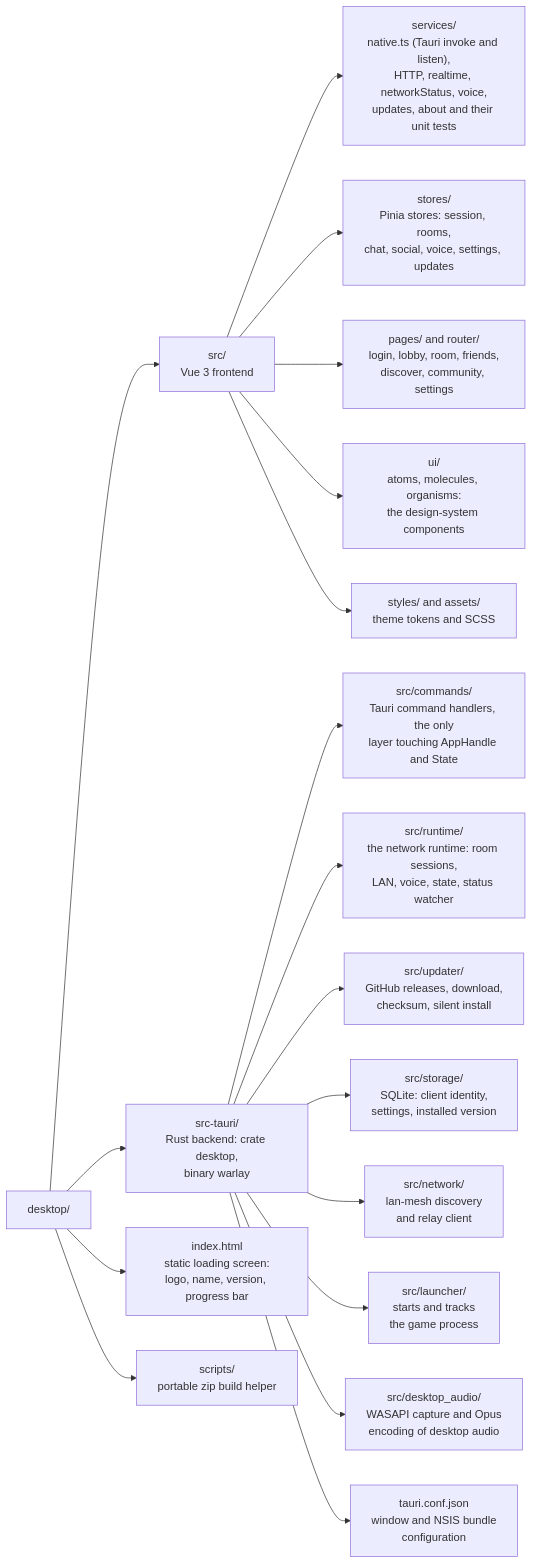
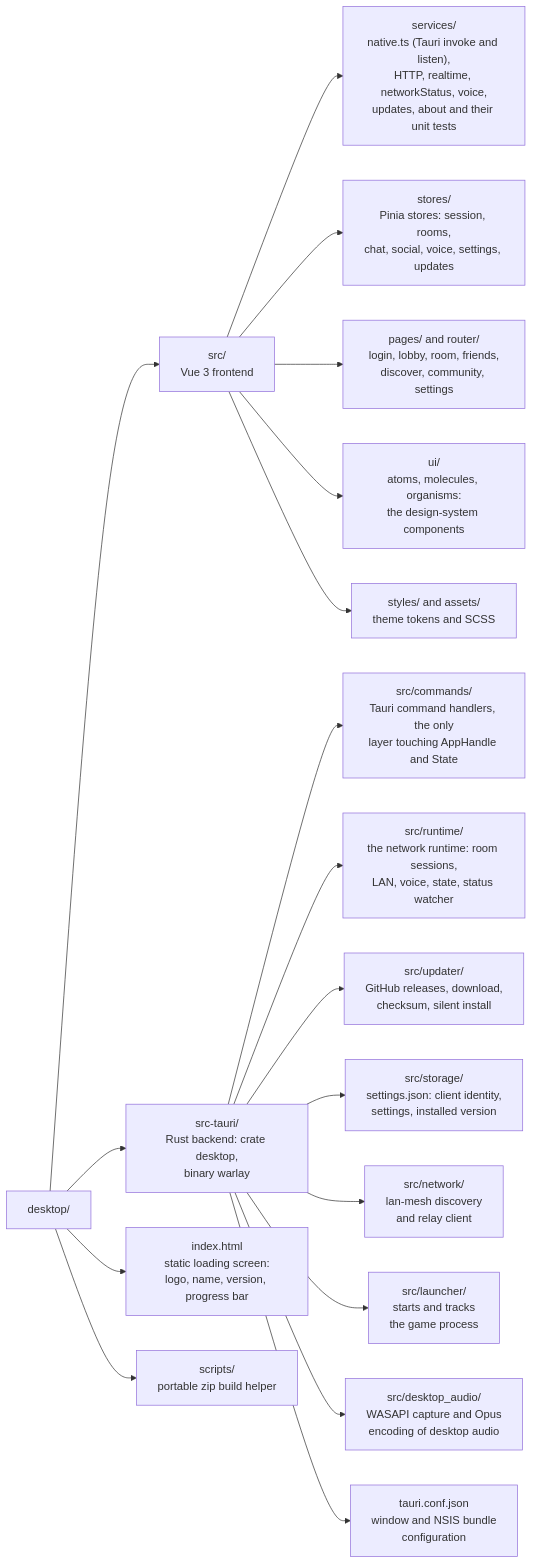
One commit to jhonsferg/warlay changed the first of 2 diagrams in desktop/README.md. Above: the diagram before and after it, drawn with Mermaid.

Commit message:
docs: actualiza el diagrama del cliente

````diff
--- a/desktop/README.md
+++ b/desktop/README.md
@@ -62,24 +62,24 @@
 ```mermaid
 flowchart LR
     root["desktop/"]
 
     root --> frontend["src/<br/>Vue 3 frontend"]
     frontend --> services["services/<br/>native.ts (Tauri invoke and listen),<br/>HTTP, realtime, networkStatus, voice,<br/>updates, about and their unit tests"]
     frontend --> store["stores/<br/>Pinia stores: session, rooms,<br/>chat, social, voice, settings, updates"]
     frontend --> pages["pages/ and router/<br/>login, lobby, room, friends,<br/>discover, community, settings"]
     frontend --> ui["ui/<br/>atoms, molecules, organisms:<br/>the design-system components"]
     frontend --> styles["styles/ and assets/<br/>theme tokens and SCSS"]
 
     root --> backend["src-tauri/<br/>Rust backend: crate desktop,<br/>binary warlay"]
     backend --> commands["src/commands/<br/>Tauri command handlers, the only<br/>layer touching AppHandle and State"]
     backend --> runtime["src/runtime/<br/>the network runtime: room sessions,<br/>LAN, voice, state, status watcher"]
     backend --> updater["src/updater/<br/>GitHub releases, download,<br/>checksum, silent install"]
-    backend --> clientStorage["src/storage/<br/>SQLite: client identity,<br/>settings, installed version"]
+    backend --> clientStorage["src/storage/<br/>settings.json: client identity,<br/>settings, installed version"]
     backend --> network["src/network/<br/>lan-mesh discovery<br/>and relay client"]
     backend --> launcher["src/launcher/<br/>starts and tracks<br/>the game process"]
     backend --> audio["src/desktop_audio/<br/>WASAPI capture and Opus<br/>encoding of desktop audio"]
     backend --> tauriConf["tauri.conf.json<br/>window and NSIS bundle<br/>configuration"]
 
     root --> splash["index.html<br/>static loading screen:<br/>logo, name, version, progress bar"]
     root --> scripts["scripts/<br/>portable zip build helper"]
 ```
````
